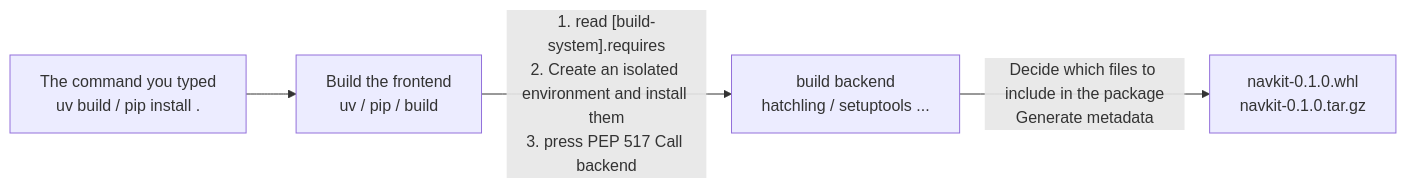
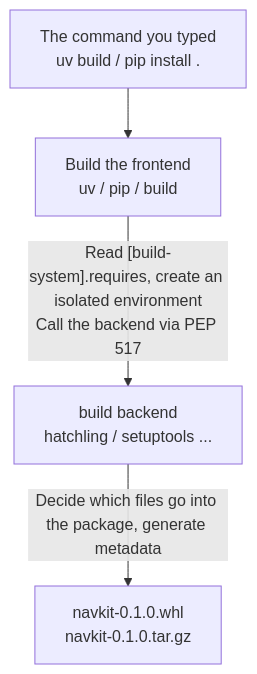
The eighth of 22 diagrams in _translations/en/research/Python-Engineering-Survey.md (TingdeLiu/tingdeliu.github.io), drawn with Mermaid before and after one commit. The commit also changed other lines of this file and 1 other file, not shown here.

````diff
--- a/_translations/en/research/Python-Engineering-Survey.md
+++ b/_translations/en/research/Python-Engineering-Survey.md
@@ -506,6 +505,6 @@
 ```mermaid
-flowchart LR
+flowchart TB
     U["The command you typed<br/>uv build / pip install ."] --> FE["Build the frontend<br/>uv / pip / build"]
-    FE -->|"1. read [build-system].requires<br/>2. Create an isolated environment and install them<br/>3. press PEP 517 Call backend"| BE["build backend<br/>hatchling / setuptools ..."]
-    BE -->|"Decide which files to include in the package<br/>Generate metadata"| ART["navkit-0.1.0.whl<br/>navkit-0.1.0.tar.gz"]
+    FE -->|"Read [build-system].requires, create an isolated environment<br/>Call the backend via PEP 517"| BE["build backend<br/>hatchling / setuptools ..."]
+    BE -->|"Decide which files go into the package, generate metadata"| ART["navkit-0.1.0.whl<br/>navkit-0.1.0.tar.gz"]
 ```
````
